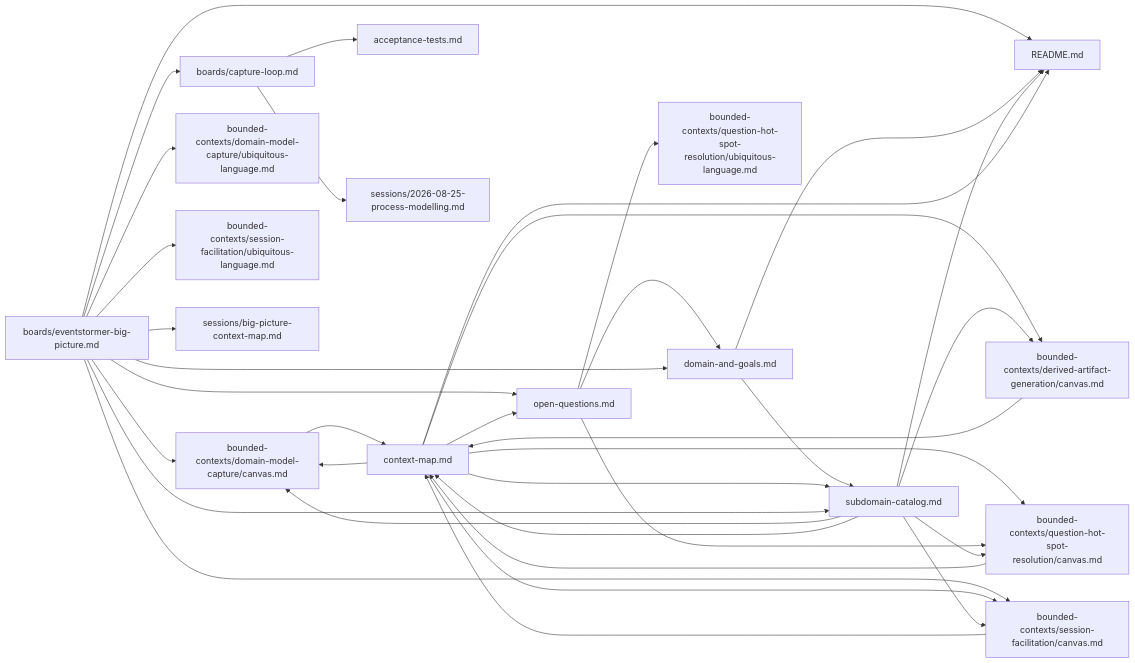
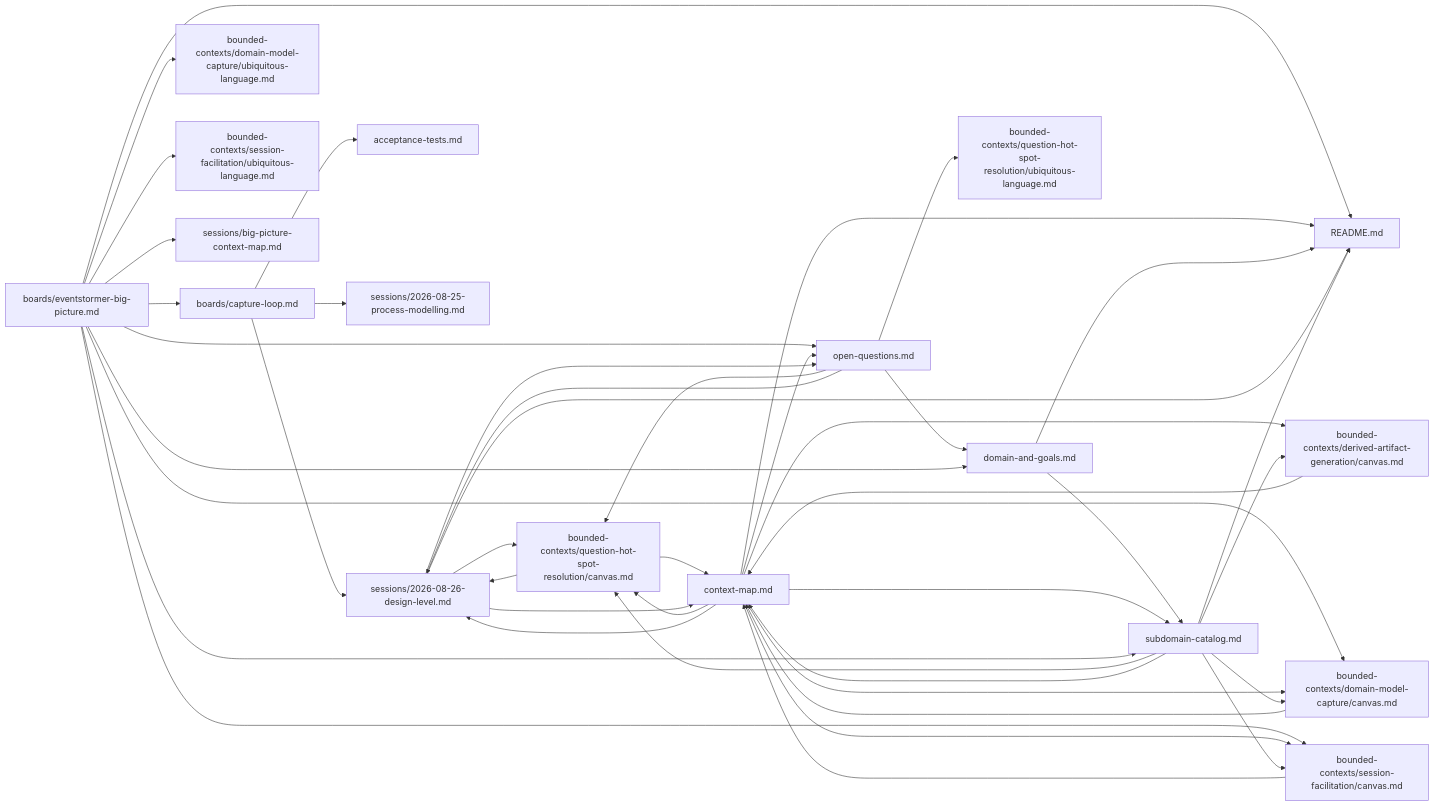
Before and after one commit to vinialbano/eventstormer: the diagram in docs/domain/README.md, drawn with Mermaid. The commit also changed other lines of this file and 4 other files, not shown here.

First line of the commit message:
docs: run Design-Level EventStorming on Question & Hot Spot Resolution

````diff
--- a/docs/domain/README.md
+++ b/docs/domain/README.md
@@ -133,37 +151,45 @@
 ```mermaid
 graph LR
   boards_eventstormer_big_picture_md["boards/eventstormer-big-picture.md"] --> README_md["README.md"]
+  context_map_md["context-map.md"] --> README_md["README.md"]
   domain_and_goals_md["domain-and-goals.md"] --> README_md["README.md"]
+  sessions_2026_08_26_design_level_md["sessions/2026-08-26-design-level.md"] --> README_md["README.md"]
   subdomain_catalog_md["subdomain-catalog.md"] --> README_md["README.md"]
-  context_map_md["context-map.md"] --> README_md["README.md"]
   boards_capture_loop_md["boards/capture-loop.md"] --> acceptance_tests_md["acceptance-tests.md"]
   boards_eventstormer_big_picture_md["boards/eventstormer-big-picture.md"] --> boards_capture_loop_md["boards/capture-loop.md"]
   context_map_md["context-map.md"] --> bounded_contexts_derived_artifact_generation_canvas_md["bounded-contexts/derived-artifact-generation/canvas.md"]
   subdomain_catalog_md["subdomain-catalog.md"] --> bounded_contexts_derived_artifact_generation_canvas_md["bounded-contexts/derived-artifact-generation/canvas.md"]
   boards_eventstormer_big_picture_md["boards/eventstormer-big-picture.md"] --> bounded_contexts_domain_model_capture_canvas_md["bounded-contexts/domain-model-capture/canvas.md"]
   context_map_md["context-map.md"] --> bounded_contexts_domain_model_capture_canvas_md["bounded-contexts/domain-model-capture/canvas.md"]
   subdomain_catalog_md["subdomain-catalog.md"] --> bounded_contexts_domain_model_capture_canvas_md["bounded-contexts/domain-model-capture/canvas.md"]
   boards_eventstormer_big_picture_md["boards/eventstormer-big-picture.md"] --> bounded_contexts_domain_model_capture_ubiquitous_language_md["bounded-contexts/domain-model-capture/ubiquitous-language.md"]
   context_map_md["context-map.md"] --> bounded_contexts_question_hot_spot_resolution_canvas_md["bounded-contexts/question-hot-spot-resolution/canvas.md"]
   open_questions_md["open-questions.md"] --> bounded_contexts_question_hot_spot_resolution_canvas_md["bounded-contexts/question-hot-spot-resolution/canvas.md"]
+  sessions_2026_08_26_design_level_md["sessions/2026-08-26-design-level.md"] --> bounded_contexts_question_hot_spot_resolution_canvas_md["bounded-contexts/question-hot-spot-resolution/canvas.md"]
   subdomain_catalog_md["subdomain-catalog.md"] --> bounded_contexts_question_hot_spot_resolution_canvas_md["bounded-contexts/question-hot-spot-resolution/canvas.md"]
   open_questions_md["open-questions.md"] --> bounded_contexts_question_hot_spot_resolution_ubiquitous_language_md["bounded-contexts/question-hot-spot-resolution/ubiquitous-language.md"]
   boards_eventstormer_big_picture_md["boards/eventstormer-big-picture.md"] --> bounded_contexts_session_facilitation_canvas_md["bounded-contexts/session-facilitation/canvas.md"]
   context_map_md["context-map.md"] --> bounded_contexts_session_facilitation_canvas_md["bounded-contexts/session-facilitation/canvas.md"]
   subdomain_catalog_md["subdomain-catalog.md"] --> bounded_contexts_session_facilitation_canvas_md["bounded-contexts/session-facilitation/canvas.md"]
   boards_eventstormer_big_picture_md["boards/eventstormer-big-picture.md"] --> bounded_contexts_session_facilitation_ubiquitous_language_md["bounded-contexts/session-facilitation/ubiquitous-language.md"]
-  subdomain_catalog_md["subdomain-catalog.md"] --> context_map_md["context-map.md"]
-  bounded_contexts_session_facilitation_canvas_md["bounded-contexts/session-facilitation/canvas.md"] --> context_map_md["context-map.md"]
+  bounded_contexts_derived_artifact_generation_canvas_md["bounded-contexts/derived-artifact-generation/canvas.md"] --> context_map_md["context-map.md"]
   bounded_contexts_domain_model_capture_canvas_md["bounded-contexts/domain-model-capture/canvas.md"] --> context_map_md["context-map.md"]
   bounded_contexts_question_hot_spot_resolution_canvas_md["bounded-contexts/question-hot-spot-resolution/canvas.md"] --> context_map_md["context-map.md"]
-  bounded_contexts_derived_artifact_generation_canvas_md["bounded-contexts/derived-artifact-generation/canvas.md"] --> context_map_md["context-map.md"]
+  bounded_contexts_session_facilitation_canvas_md["bounded-contexts/session-facilitation/canvas.md"] --> context_map_md["context-map.md"]
+  sessions_2026_08_26_design_level_md["sessions/2026-08-26-design-level.md"] --> context_map_md["context-map.md"]
+  subdomain_catalog_md["subdomain-catalog.md"] --> context_map_md["context-map.md"]
   open_questions_md["open-questions.md"] --> domain_and_goals_md["domain-and-goals.md"]
   boards_eventstormer_big_picture_md["boards/eventstormer-big-picture.md"] --> domain_and_goals_md["domain-and-goals.md"]
   boards_eventstormer_big_picture_md["boards/eventstormer-big-picture.md"] --> open_questions_md["open-questions.md"]
   context_map_md["context-map.md"] --> open_questions_md["open-questions.md"]
+  sessions_2026_08_26_design_level_md["sessions/2026-08-26-design-level.md"] --> open_questions_md["open-questions.md"]
   boards_capture_loop_md["boards/capture-loop.md"] --> sessions_2026_08_25_process_modelling_md["sessions/2026-08-25-process-modelling.md"]
+  boards_capture_loop_md["boards/capture-loop.md"] --> sessions_2026_08_26_design_level_md["sessions/2026-08-26-design-level.md"]
+  bounded_contexts_question_hot_spot_resolution_canvas_md["bounded-contexts/question-hot-spot-resolution/canvas.md"] --> sessions_2026_08_26_design_level_md["sessions/2026-08-26-design-level.md"]
+  context_map_md["context-map.md"] --> sessions_2026_08_26_design_level_md["sessions/2026-08-26-design-level.md"]
+  open_questions_md["open-questions.md"] --> sessions_2026_08_26_design_level_md["sessions/2026-08-26-design-level.md"]
   boards_eventstormer_big_picture_md["boards/eventstormer-big-picture.md"] --> sessions_big_picture_context_map_md["sessions/big-picture-context-map.md"]
   domain_and_goals_md["domain-and-goals.md"] --> subdomain_catalog_md["subdomain-catalog.md"]
   context_map_md["context-map.md"] --> subdomain_catalog_md["subdomain-catalog.md"]
   boards_eventstormer_big_picture_md["boards/eventstormer-big-picture.md"] --> subdomain_catalog_md["subdomain-catalog.md"]
 ```
````
